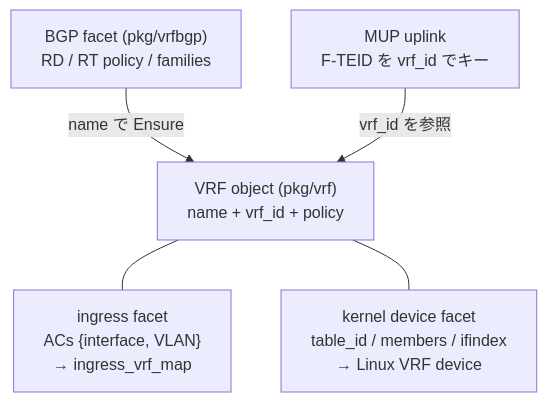
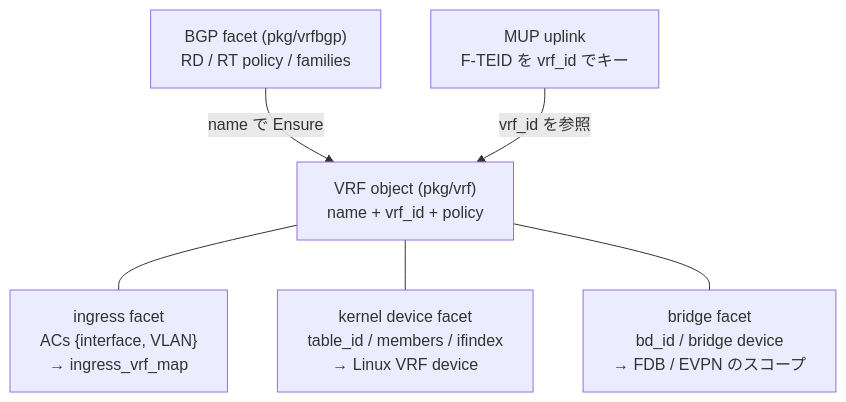
The diagram in docs/design/ja/vrf.md (takehaya/Vinbero), drawn with Mermaid before and after one commit. The commit also changed other lines of this file and 9 other files, not shown here.

First line of the commit message:
docs(vrf): document the bridge facet; convert evpn-2site to vrf bridge-attach

````diff
--- a/docs/design/ja/vrf.md
+++ b/docs/design/ja/vrf.md
@@ -14,13 +15,16 @@
 ```mermaid
 graph TD
     V["VRF object (pkg/vrf)<br/>name + vrf_id + policy"]
     AC["ingress facet<br/>ACs {interface, VLAN}<br/>→ ingress_vrf_map"]
     DEV["kernel device facet<br/>table_id / members / ifindex<br/>→ Linux VRF device"]
     BGP["BGP facet (pkg/vrfbgp)<br/>RD / RT policy / families"]
     MUP["MUP uplink<br/>F-TEID を vrf_id でキー"]
 
+    BR["bridge facet<br/>bd_id / bridge device<br/>→ FDB / EVPN のスコープ"]
+
     V --- AC
     V --- DEV
+    V --- BR
     BGP -->|"name で Ensure"| V
     MUP -->|"vrf_id を参照"| V
 ```
````
